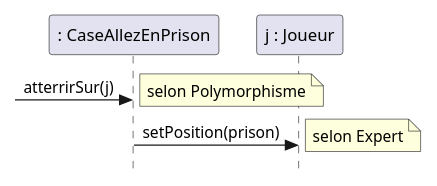
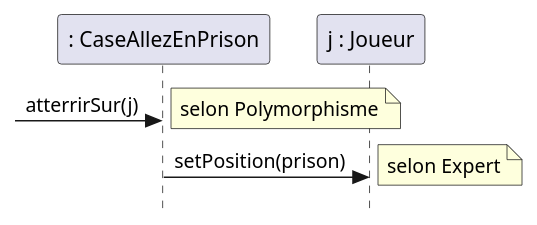
The sixth of 6 diagrams in Exercices.qmd (fuhrmanator/log210-ndc-quarto), drawn with PlantUML before and after one commit. The commit also changed other lines of this file, not shown here.

````diff
--- a/Exercices.qmd
+++ b/Exercices.qmd
@@ -149,12 +150,10 @@
-```{.plantuml}
-@startuml
-skinparam style strictuml
-scale 0.8
-participant ": CaseAllezEnPrison" as aep
-participant "j : Joueur" as j
--> aep : atterrirSur(j)
-note left: selon Polymorphisme
-aep -> j : setPosition(prison)
-note right : selon Expert
-@enduml
-```
+    @startuml
+    skinparam style strictuml
+    scale 1.0
+    participant ": CaseAllezEnPrison" as aep
+    participant "j : Joueur" as j
+    -> aep : atterrirSur(j)
+    note left: selon Polymorphisme
+    aep -> j : setPosition(prison)
+    note right : selon Expert
+    @enduml
````
